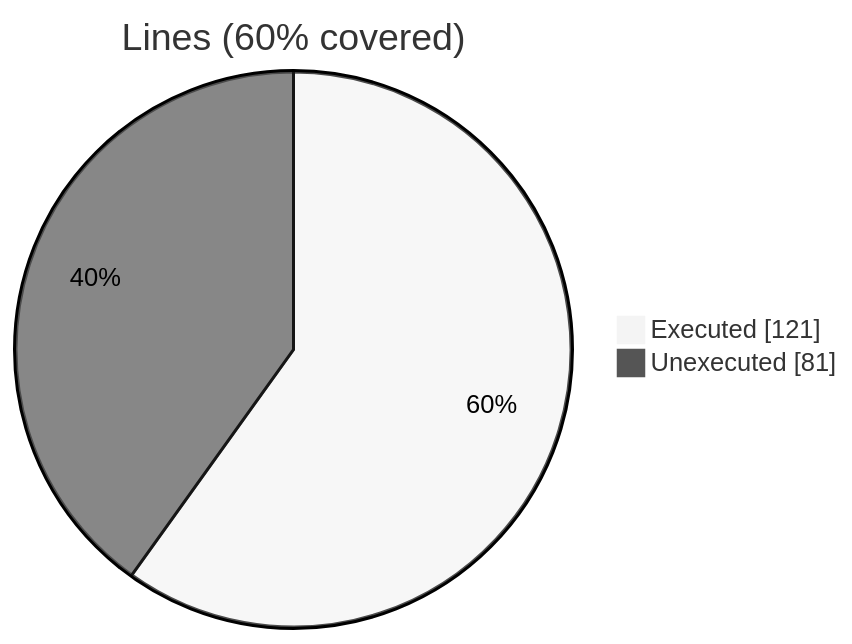
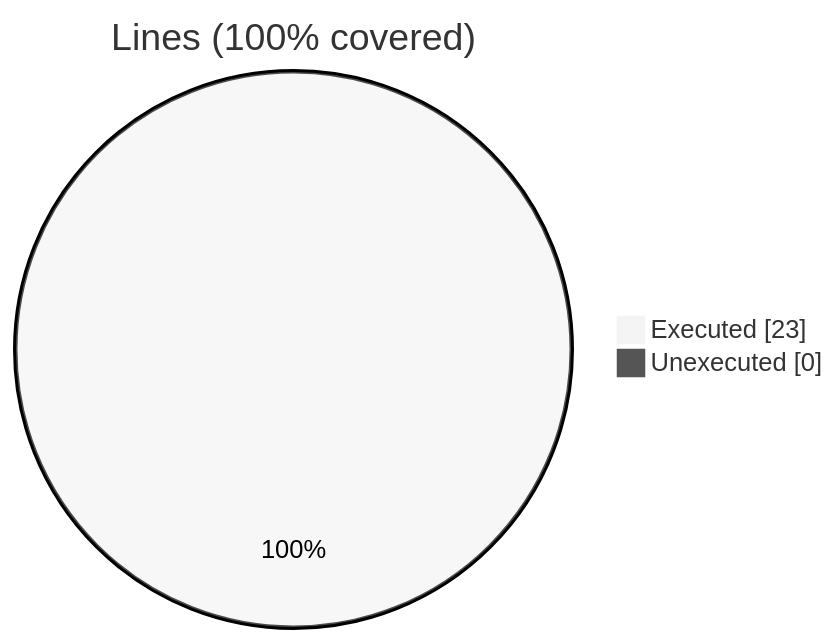
One commit to szaghi/FOSSIL changed diagram 28 of 34 in docs/guide/coverage-analysis.md. Above: the diagram before and after it, drawn with Mermaid (neutral theme). The commit also changed other lines of this file and 40 other files, not shown here.

````diff
--- a/docs/guide/coverage-analysis.md
+++ b/docs/guide/coverage-analysis.md
@@ -229,6 +432,6 @@
 ```mermaid
 pie showData
-    title Lines (60% covered)
-    "Executed" : 121
-    "Unexecuted" : 81
+    title Lines (100% covered)
+    "Executed" : 23
+    "Unexecuted" : 0
 ```
````
